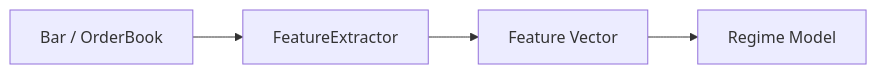
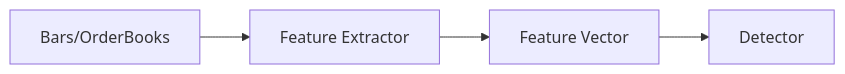
Before and after one commit to gregorian-09/regime-flow: the diagram in docs/explanation/regime-features.md, drawn with Mermaid. The commit also changed other lines of this file and 58 other files, not shown here.

````diff
--- a/docs/explanation/regime-features.md
+++ b/docs/explanation/regime-features.md
@@ -7,6 +7,6 @@
 ```mermaid
 flowchart LR
-  A[Bar / OrderBook] --> B[FeatureExtractor]
+  A[Bars/OrderBooks] --> B[Feature Extractor]
   B --> C[Feature Vector]
-  C --> D[Regime Model]
+  C --> D[Detector]
 ```
````
